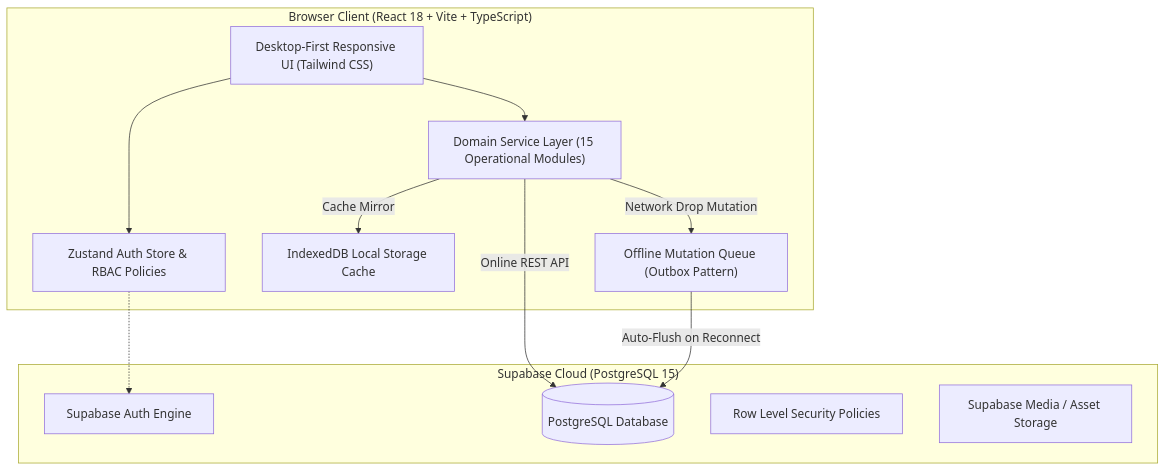
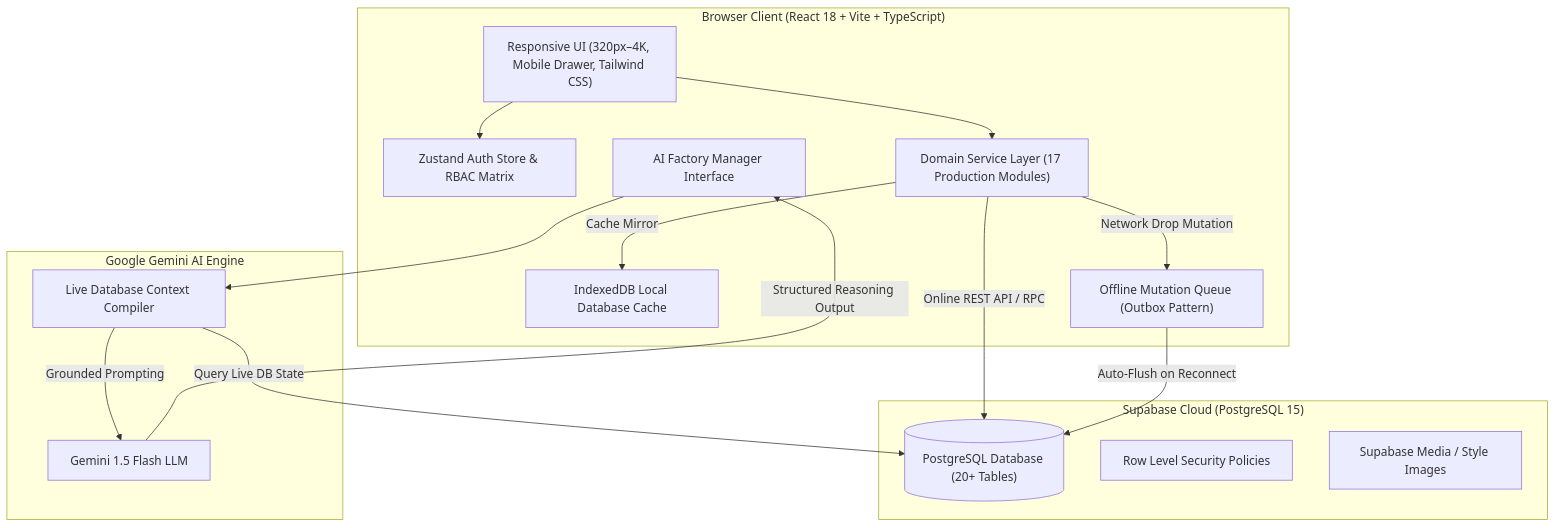
Before and after one commit to kavyakh2005/Factory-AI-Manager: the first of 2 diagrams in ARCHITECTURE.md, drawn with Mermaid. The commit also changed other lines of this file and 24 other files, not shown here.

Commit message:
feat: implement core factory production, inventory, and order management services with UI components and test scripts

````diff
--- a/ARCHITECTURE.md
+++ b/ARCHITECTURE.md
@@ -12,25 +12,33 @@
 ```mermaid
 graph TD
-    subgraph ClientLayer ["Browser Client (React 18 + Vite + TypeScript)"]
-        UI["Desktop-First Responsive UI (Tailwind CSS)"]
-        Auth["Zustand Auth Store & RBAC Policies"]
-        Services["Domain Service Layer (15 Operational Modules)"]
-        LocalCache["IndexedDB Local Storage Cache"]
+    subgraph Client ["Browser Client (React 18 + Vite + TypeScript)"]
+        UI["Responsive UI (320px–4K, Mobile Drawer, Tailwind CSS)"]
+        Auth["Zustand Auth Store & RBAC Matrix"]
+        Services["Domain Service Layer (17 Production Modules)"]
+        LocalCache["IndexedDB Local Database Cache"]
         Outbox["Offline Mutation Queue (Outbox Pattern)"]
+        AIShell["AI Factory Manager Interface"]
     end
 
-    subgraph CloudLayer ["Supabase Cloud (PostgreSQL 15)"]
-        AuthDB["Supabase Auth Engine"]
-        PostgresDB[("PostgreSQL Database")]
+    subgraph Cloud ["Supabase Cloud (PostgreSQL 15)"]
+        PostgresDB[("PostgreSQL Database (20+ Tables)")]
         RLS["Row Level Security Policies"]
-        Storage["Supabase Media / Asset Storage"]
+        Storage["Supabase Media / Style Images"]
+    end
+
+    subgraph AI ["Google Gemini AI Engine"]
+        GeminiAPI["Gemini 1.5 Flash LLM"]
+        RAGContext["Live Database Context Compiler"]
     end
 
     UI --> Auth
     UI --> Services
-    Services -->|Online REST API| PostgresDB
+    Services -->|Online REST API / RPC| PostgresDB
     Services -->|Cache Mirror| LocalCache
     Services -->|Network Drop Mutation| Outbox
     Outbox -->|Auto-Flush on Reconnect| PostgresDB
-    Auth -.-> AuthDB
+    AIShell --> RAGContext
+    RAGContext -->|Query Live DB State| PostgresDB
+    RAGContext -->|Grounded Prompting| GeminiAPI
+    GeminiAPI -->|Structured Reasoning Output| AIShell
 ```
````
